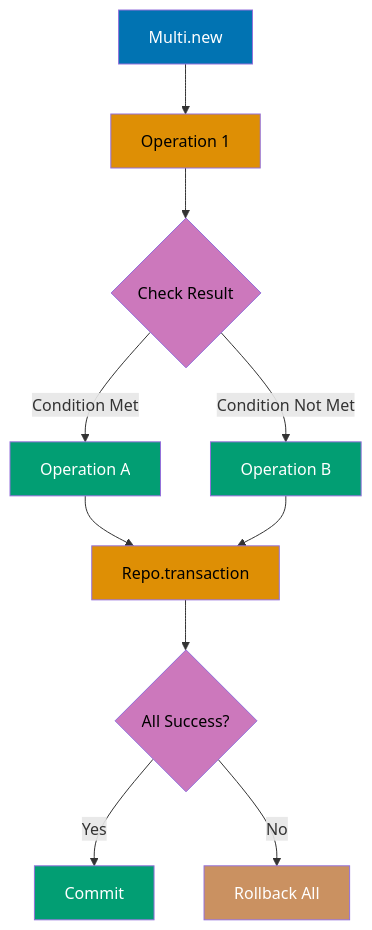
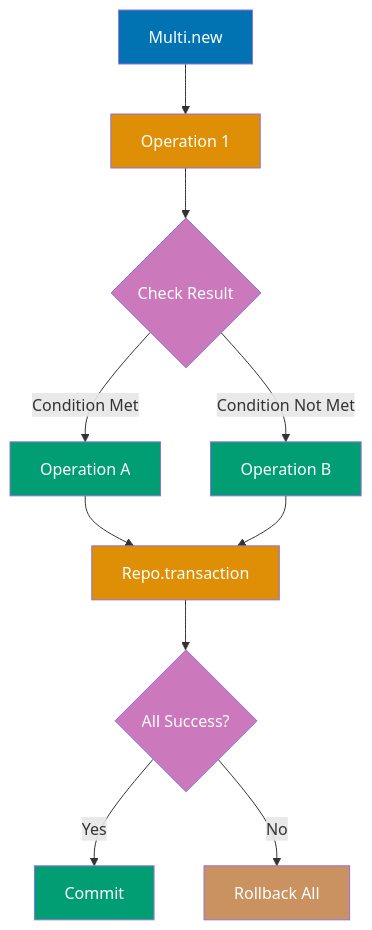
The sixth of 13 diagrams in apps/ayokoding-web/content/en/learn/software-engineering/data/tools/elixir-ecto/by-example/intermediate.md (wahidyankf/open-sharia-enterprise), drawn with Mermaid before and after one commit. The commit also changed other lines of this file and 61 other files, not shown here.

First line of the commit message:
fix(ayokoding-web): quote Mermaid node labels with special characters in Example 63

````diff
--- a/apps/ayokoding-web/content/en/learn/software-engineering/data/tools/elixir-ecto/by-example/intermediate.md
+++ b/apps/ayokoding-web/content/en/learn/software-engineering/data/tools/elixir-ecto/by-example/intermediate.md
@@ -629,24 +629,24 @@
 ```mermaid
 %% Color Palette: Blue #0173B2, Orange #DE8F05, Teal #029E73, Purple #CC78BC, Brown #CA9161
 %%  Conditional Multi Flow
 graph TD
     A[Multi.new] --> B[Operation 1]
     B --> C{Check Result}
     C -->|Condition Met| D[Operation A]
     C -->|Condition Not Met| E[Operation B]
     D --> F[Repo.transaction]
     E --> F
     F --> G{All Success?}
     G -->|Yes| H[Commit]
     G -->|No| I[Rollback All]
 
     style A fill:#0173B2,color:#fff
-    style B fill:#DE8F05,color:#000
-    style C fill:#CC78BC,color:#000
+    style B fill:#DE8F05,color:#fff
+    style C fill:#CC78BC,color:#fff
     style D fill:#029E73,color:#fff
     style E fill:#029E73,color:#fff
-    style F fill:#DE8F05,color:#000
-    style G fill:#CC78BC,color:#000
+    style F fill:#DE8F05,color:#fff
+    style G fill:#CC78BC,color:#fff
     style H fill:#029E73,color:#fff
     style I fill:#CA9161,color:#fff
 ```
````
